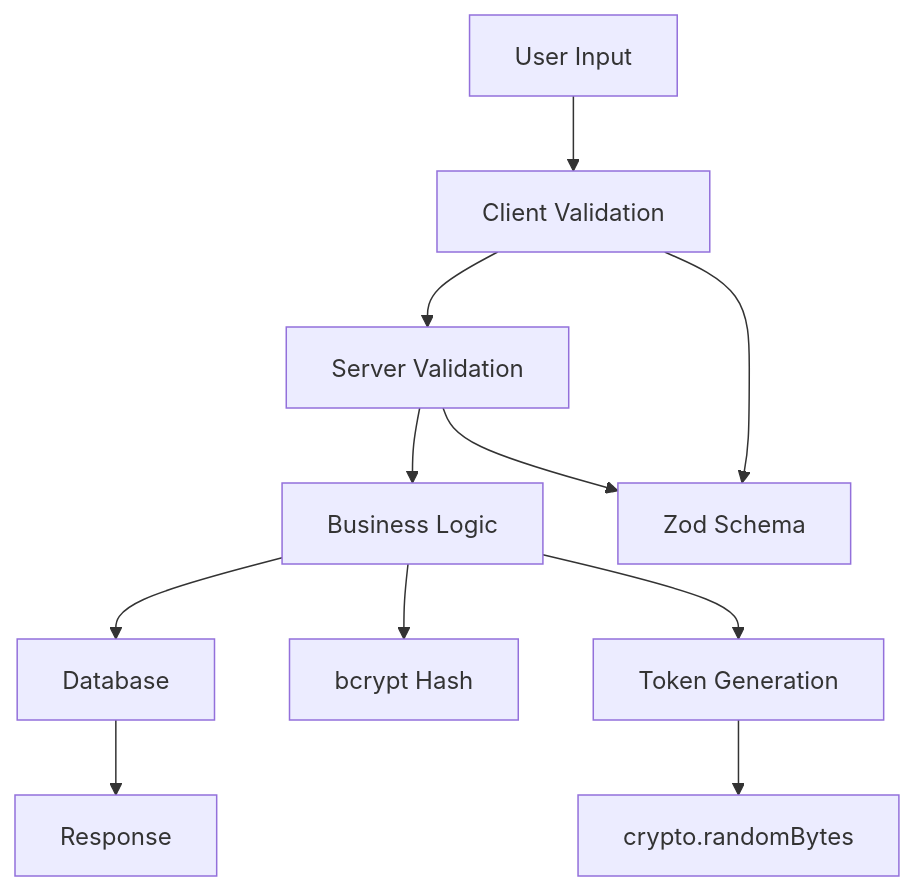
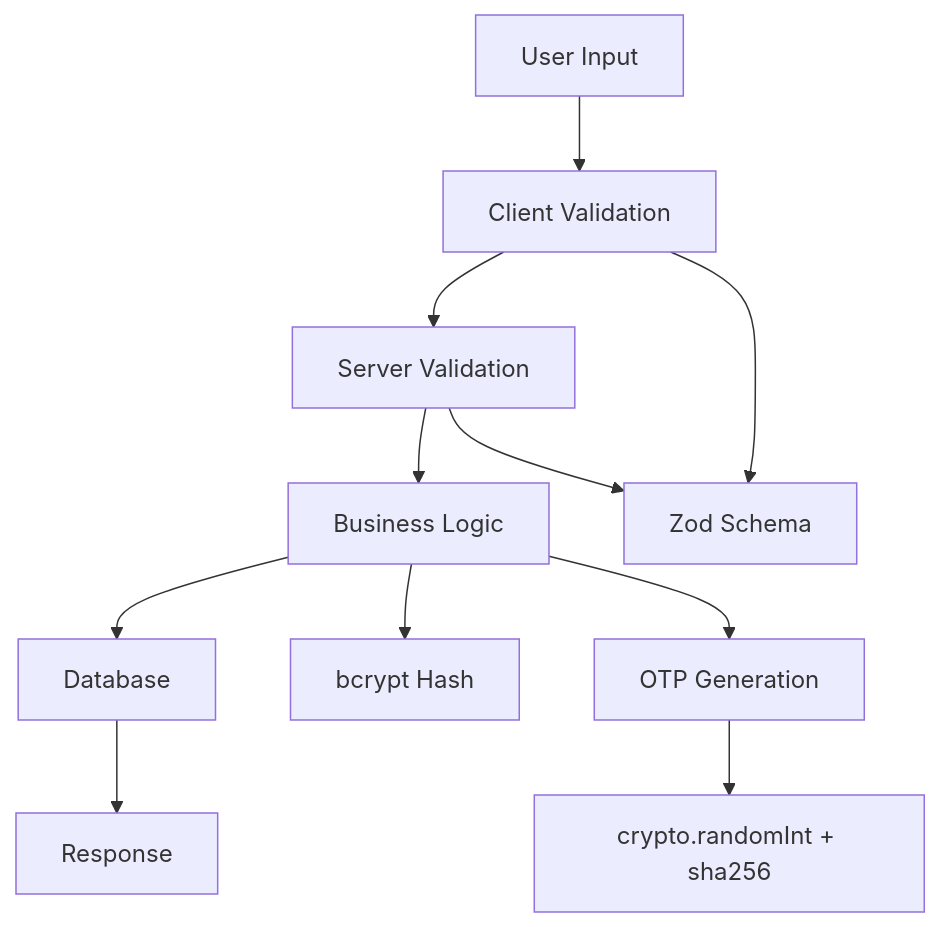
Before and after one commit to manumu-studio/auth-manumu-studio: diagram 14 of 15 in docs/ARCHITECTURE.md, drawn with Mermaid. The commit also changed other lines of this file and 29 other files, not shown here.

````diff
--- a/docs/ARCHITECTURE.md
+++ b/docs/ARCHITECTURE.md
@@ -454,14 +458,14 @@
 ```mermaid
 graph TB
     A[User Input] --> B[Client Validation]
     B --> C[Server Validation]
     C --> D[Business Logic]
     D --> E[Database]
     E --> F[Response]
     
     B --> G[Zod Schema]
     C --> G
     D --> H[bcrypt Hash]
-    D --> I[Token Generation]
-    I --> J[crypto.randomBytes]
+    D --> I[OTP Generation]
+    I --> J[crypto.randomInt + sha256]
 ```
````
